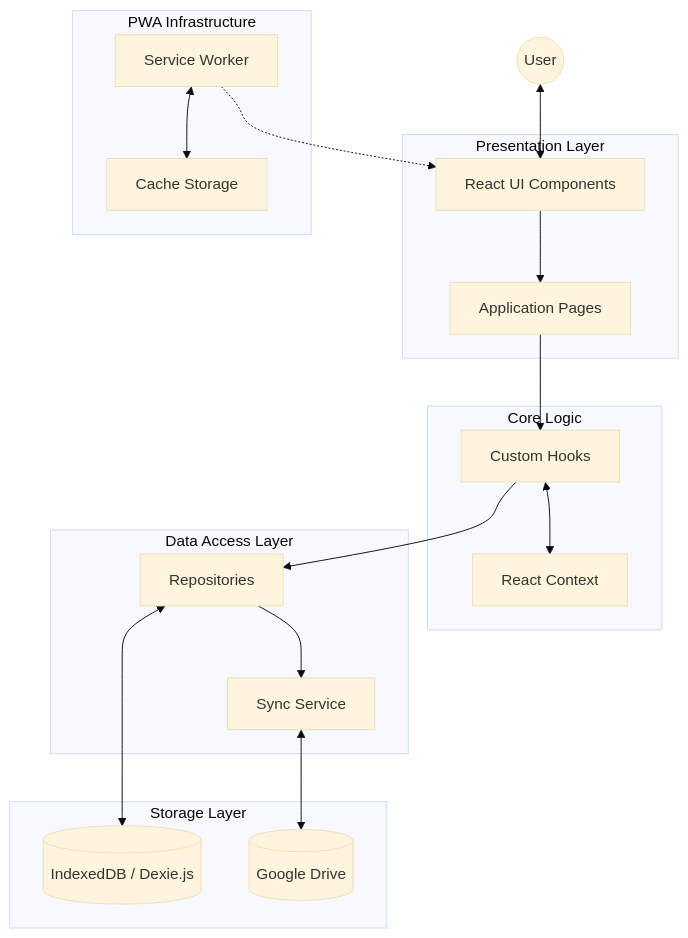
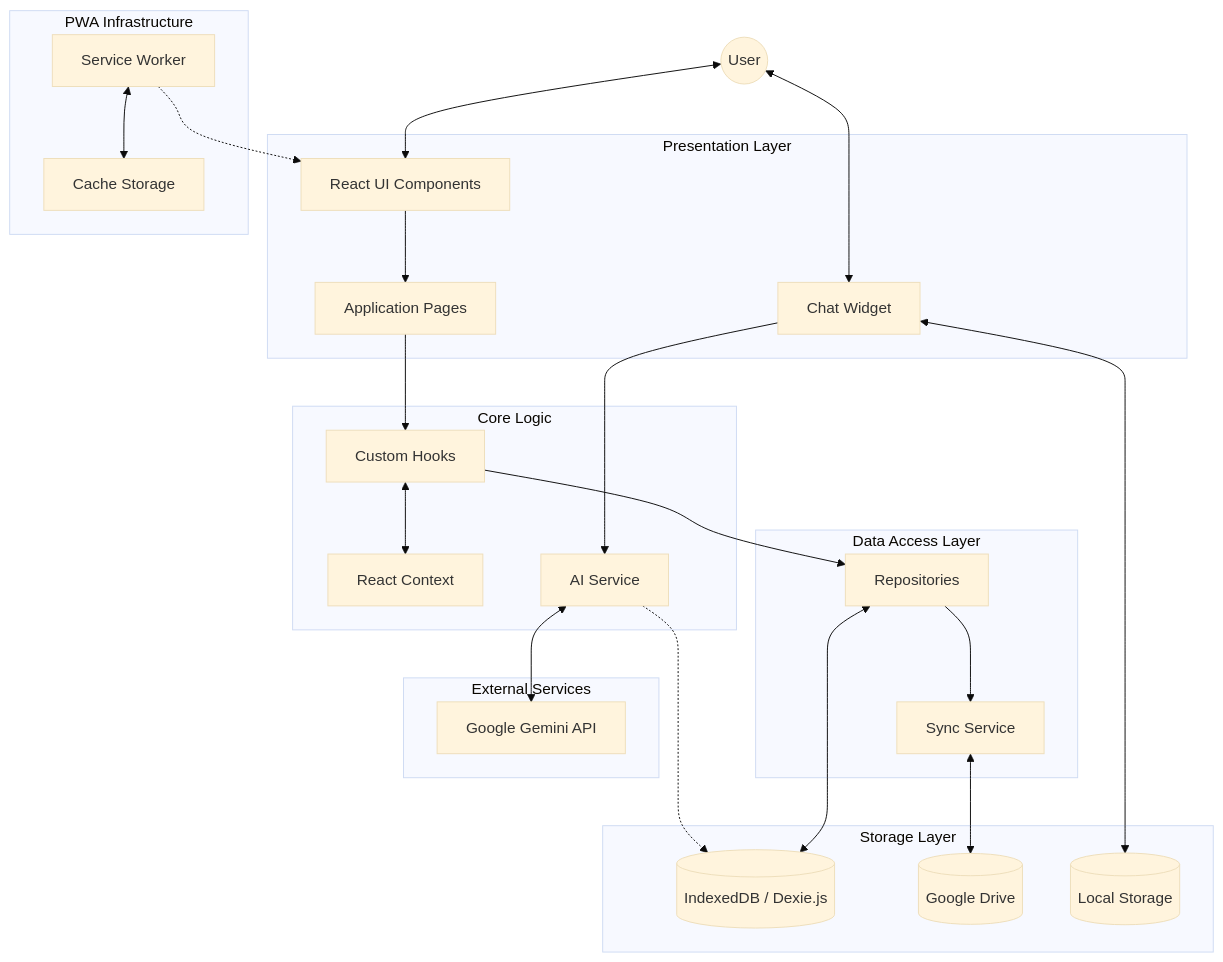
One commit to swapnil-bhamat/Personal-Finance-PWA changed the diagram in README.md. Above: the diagram before and after it, drawn with Mermaid (base theme). The commit also changed other lines of this file and 5 other files, not shown here.

Commit message:
feat: Introduce AI assistant chat widget with Google Gemini integration, configuration, and updated documentation.

````diff
--- a/README.md
+++ b/README.md
@@ -18,42 +25,54 @@
 ```mermaid
 graph TD
     User((User))
 
     subgraph "Presentation Layer"
         UI[React UI Components]
+        Chat[Chat Widget]
         Pages[Application Pages]
     end
 
     subgraph "Core Logic"
         Hooks[Custom Hooks]
         Context[React Context]
+        AI[AI Service]
     end
 
     subgraph "Data Access Layer"
         Repo[Repositories]
         Sync[Sync Service]
     end
 
     subgraph "Storage Layer"
         LocalDB[(IndexedDB / Dexie.js)]
         CloudDB[(Google Drive)]
+        LocalStorage[(Local Storage)]
+    end
+
+    subgraph "External Services"
+        Gemini[Google Gemini API]
     end
 
     subgraph "PWA Infrastructure"
         SW[Service Worker]
         Cache[Cache Storage]
     end
 
     User <--> UI
+    User <--> Chat
     UI --> Pages
+    Chat --> AI
+    Chat <--> LocalStorage
     Pages --> Hooks
     Hooks <--> Context
     Hooks --> Repo
+    AI <--> Gemini
+    AI -.-> LocalDB
 
     Repo <--> LocalDB
     Repo --> Sync
     Sync <--> CloudDB
 
     SW <--> Cache
     SW -.-> UI
 ```
````
